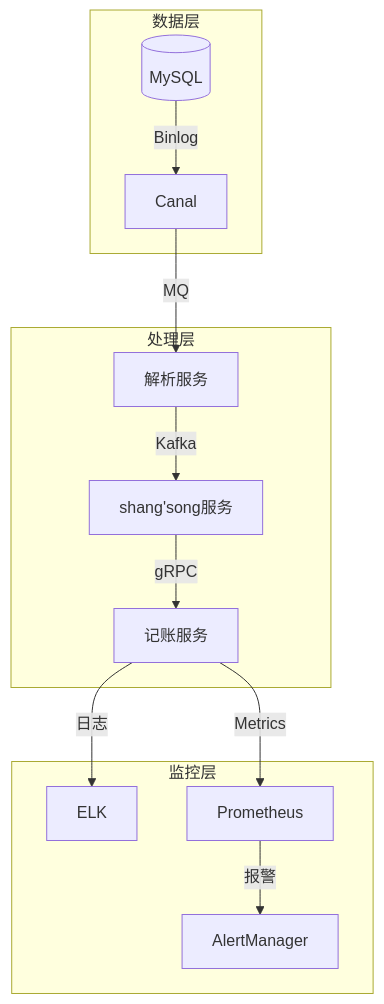
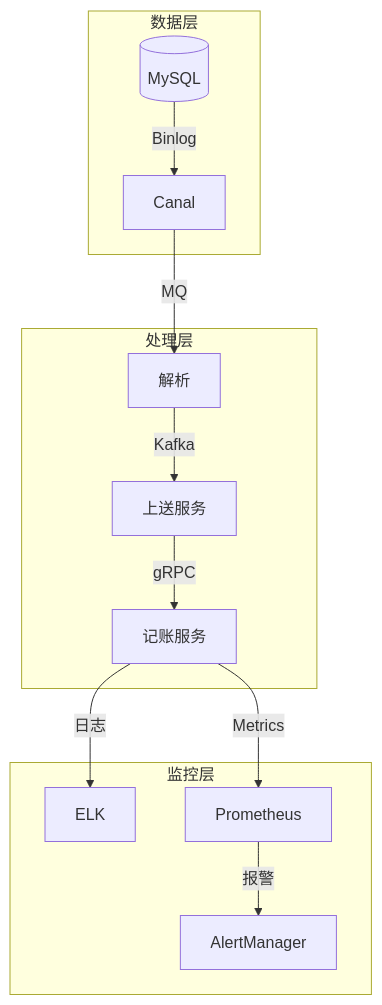
Before and after one commit to 87828943/iodraw-files: the diagram in all/未命名.md, drawn with Mermaid.

Commit message:
2025-07-01 10:39:52 update

````diff
--- a/all/未命名.md
+++ b/all/未命名.md
@@ -1,16 +1,16 @@
 ```mermaid
 graph TB
     subgraph 数据层
         DB[(MySQL)] -->|Binlog| Canal
     end
     subgraph 处理层
-        Canal -->|MQ| Parser[解析服务]
-        Parser -->|Kafka| Engine[shang'song服务]
+        Canal -->|MQ| Parser[解析]
+        Parser -->|Kafka| Engine[上送服务]
         Engine -->|gRPC| Accounting[记账服务]
     end
     subgraph 监控层
         Accounting -->|日志| ELK
         Accounting -->|Metrics| Prometheus
         Prometheus -->|报警| AlertManager
     end
 ```
````
